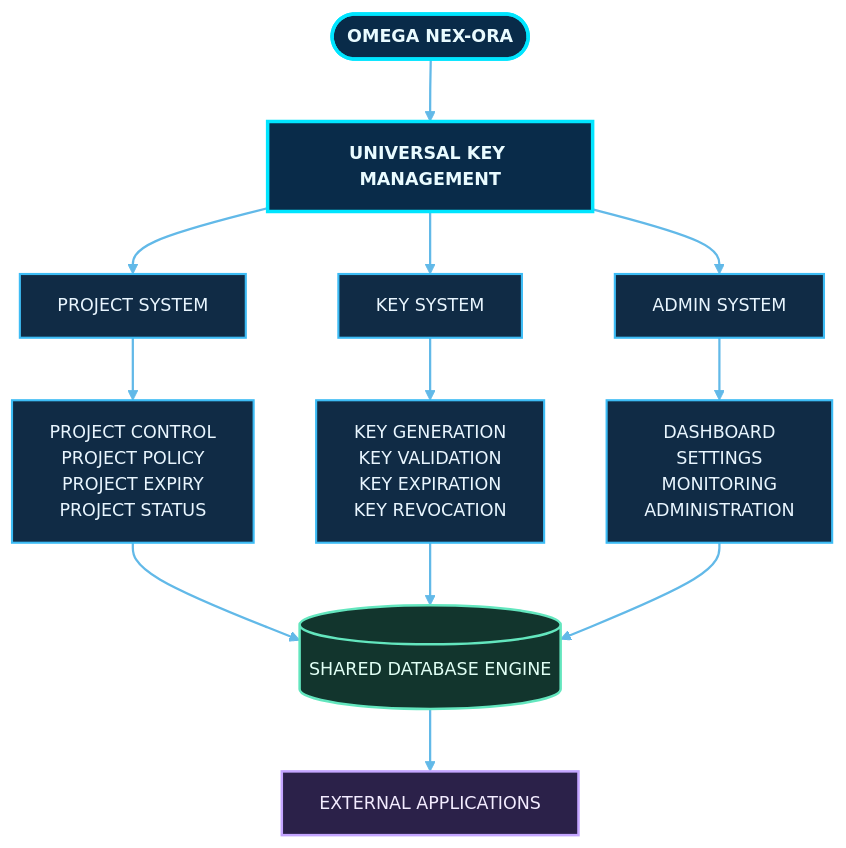
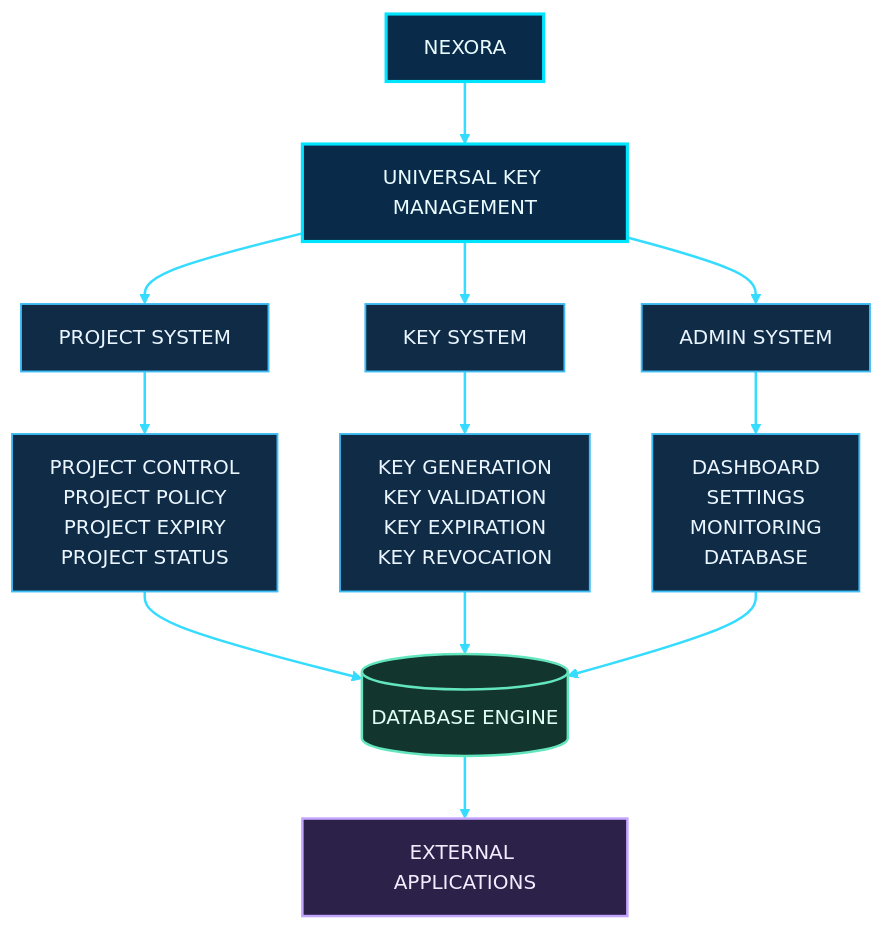
The first of 23 diagrams in README.md (shajeduzzamanenan992008inc/NexOra-Database-key-Gen), drawn with Mermaid before and after one commit. The commit also changed other lines of this file, not shown here.

````diff
--- a/README.md
+++ b/README.md
@@ -154,34 +154,31 @@
 ```mermaid
-%%{init: {"theme":"base","themeVariables":{"darkMode":true,"background":"#07111f","primaryColor":"#102744","primaryTextColor":"#e8f7ff","primaryBorderColor":"#00d9ff","lineColor":"#62b9e8","secondaryColor":"#261d45","secondaryTextColor":"#f3eaff","secondaryBorderColor":"#a78bfa","tertiaryColor":"#12332b","tertiaryTextColor":"#e0fff1","tertiaryBorderColor":"#41e6a2","fontFamily":"Inter, Segoe UI, sans-serif","fontSize":"14px","edgeLabelBackground":"#101d34","mainBkg":"#102744","nodeBorder":"#00d9ff","clusterBkg":"#0b1930","clusterBorder":"#6f7dff","actorBkg":"#102744","actorBorder":"#00d9ff","actorTextColor":"#e8f7ff","signalColor":"#64d8ff","signalTextColor":"#e8f7ff","noteBkgColor":"#0e332b","noteBorderColor":"#41e6a2","noteTextColor":"#e0fff1"}}}%%
 flowchart TB
-    N(["OMEGA NEX-ORA"]) --> U["UNIVERSAL KEY MANAGEMENT"]
+    N["NEXORA"] --> U["UNIVERSAL KEY MANAGEMENT"]
     U --> P["PROJECT SYSTEM"]
     U --> K["KEY SYSTEM"]
     U --> A["ADMIN SYSTEM"]
-
     P --> P1["PROJECT CONTROL<br/>PROJECT POLICY<br/>PROJECT EXPIRY<br/>PROJECT STATUS"]
     K --> K1["KEY GENERATION<br/>KEY VALIDATION<br/>KEY EXPIRATION<br/>KEY REVOCATION"]
-    A --> A1["DASHBOARD<br/>SETTINGS<br/>MONITORING<br/>ADMINISTRATION"]
+    A --> A1["DASHBOARD<br/>SETTINGS<br/>MONITORING<br/>DATABASE"]
+    P1 --> D[("DATABASE ENGINE")]
+    K1 --> D
+    A1 --> D
+    D --> E["EXTERNAL APPLICATIONS"]
 
-    P1 --> DB[("SHARED DATABASE ENGINE")]
-    K1 --> DB
-    A1 --> DB
-    DB --> X["EXTERNAL APPLICATIONS"]
-
-
-    %% OMEGA NEX-ORA · ULTRA NEON DESIGN SYSTEM
-    classDef nxCore fill:#092b49,stroke:#00e5ff,stroke-width:2.8px,color:#e9fbff,font-weight:bold;
-    classDef nxProcess fill:#102b45,stroke:#3dbcf5,stroke-width:1.7px,color:#e9f6ff;
-    classDef nxDecision fill:#2b2050,stroke:#b38cff,stroke-width:2.2px,color:#f3edff,font-weight:bold;
-    classDef nxSuccess fill:#0d3b2c,stroke:#3fffa0,stroke-width:2.2px,color:#e0fff0,font-weight:bold;
-    classDef nxDanger fill:#451d30,stroke:#ff6688,stroke-width:2.2px,color:#fff0f3,font-weight:bold;
+    %% OMEGA NEX-ORA visual classes
+    %% OMEGA NEX-ORA / ULTRA NEON PALETTE
+    classDef nxCore fill:#092b49,stroke:#00e5ff,stroke-width:2.5px,color:#e9fbff;
+    classDef nxProcess fill:#102b45,stroke:#3dbcf5,stroke-width:1.5px,color:#e9f6ff;
+    classDef nxDecision fill:#2b2050,stroke:#b38cff,stroke-width:2px,color:#f3edff;
+    classDef nxSuccess fill:#0d3b2c,stroke:#3fffa0,stroke-width:2px,color:#e0fff0;
+    classDef nxDanger fill:#451d30,stroke:#ff6688,stroke-width:2px,color:#fff0f3;
     classDef nxData fill:#12352d,stroke:#63e6be,stroke-width:2px,color:#e1fff5;
     classDef nxExternal fill:#2b2149,stroke:#c4a5ff,stroke-width:2px,color:#f3ecff;
     classDef nxInfo fill:#17253e,stroke:#91a7c9,stroke-width:1.5px,color:#e5efff;
     classDef nxWarning fill:#453116,stroke:#fbbf24,stroke-width:2px,color:#fff6d6;
-    linkStyle default stroke:#62b9e8,stroke-width:1.8px;
     class N,U nxCore;
     class P,K,A,P1,K1,A1 nxProcess;
-    class DB nxData;
-    class X nxExternal;
+    class D nxData;
+    class E nxExternal;
+    linkStyle default stroke:#35dcff,stroke-width:2px;
 ```
````
